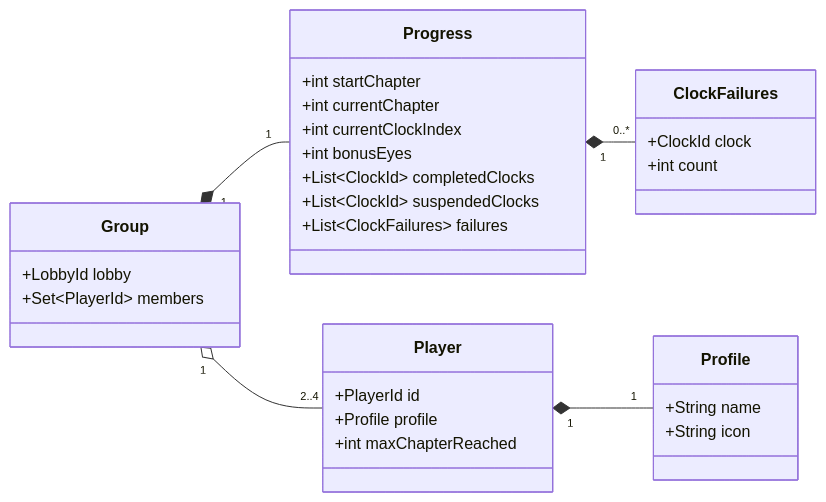
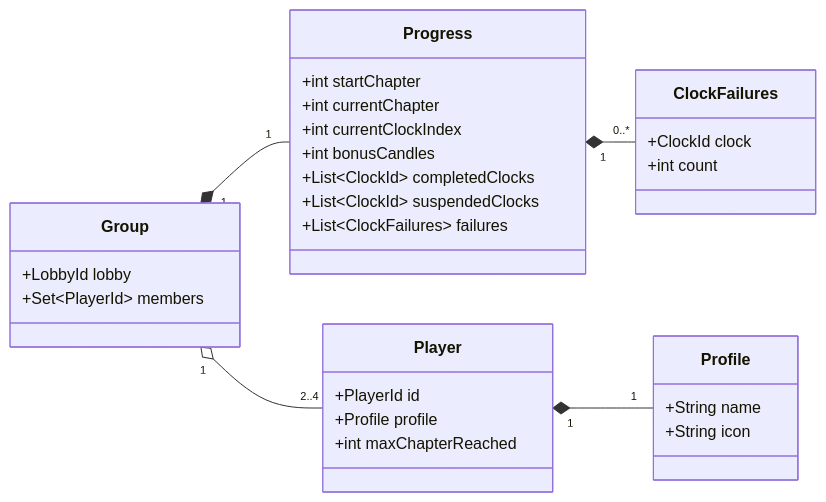
Before and after one commit to mpaitier/quarter-bells: the third of 3 diagrams in docs/diagrams/domain-model.md, drawn with Mermaid. The commit also changed other lines of this file and 27 other files, not shown here.

First line of the commit message:
refactor(rules): rename eyes to candles

````diff
--- a/docs/diagrams/domain-model.md
+++ b/docs/diagrams/domain-model.md
@@ -148,40 +148,40 @@
 ```mermaid
 classDiagram
     direction LR
 
     class Group {
         +LobbyId lobby
         +Set~PlayerId~ members
     }
 
     class Progress {
         +int startChapter
         +int currentChapter
         +int currentClockIndex
-        +int bonusEyes
+        +int bonusCandles
         +List~ClockId~ completedClocks
         +List~ClockId~ suspendedClocks
         +List~ClockFailures~ failures
     }
 
     class ClockFailures {
         +ClockId clock
         +int count
     }
 
     class Player {
         +PlayerId id
         +Profile profile
         +int maxChapterReached
     }
 
     class Profile {
         +String name
         +String icon
     }
 
     Group "1" *-- "1" Progress
     Progress "1" *-- "0..*" ClockFailures
     Group "1" o-- "2..4" Player
     Player "1" *-- "1" Profile
 ```
````
